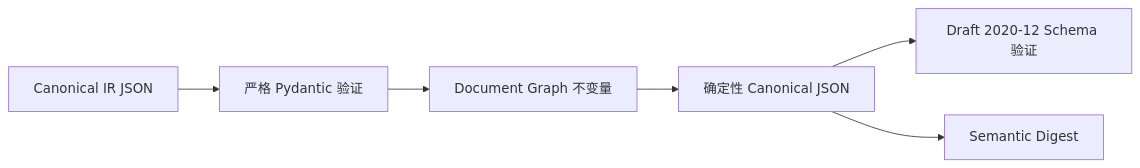
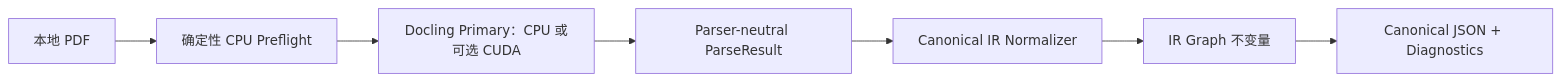
Before and after one commit to Dadada66666/RAG: the second of 2 diagrams in README.zh-CN.md, drawn with Mermaid. The commit also changed other lines of this file and 62 other files, not shown here.

````diff
--- a/README.zh-CN.md
+++ b/README.zh-CN.md
@@ -55,8 +62,9 @@
 ```mermaid
 flowchart LR
-    A["Canonical IR JSON"] --> B["严格 Pydantic 验证"]
-    B --> C["Document Graph 不变量"]
-    C --> D["确定性 Canonical JSON"]
-    D --> E["Draft 2020-12 Schema 验证"]
-    D --> F["Semantic Digest"]
+    A["本地 PDF"] --> B["确定性 CPU Preflight"]
+    B --> C["Docling Primary：CPU 或可选 CUDA"]
+    C --> D["Parser-neutral ParseResult"]
+    D --> E["Canonical IR Normalizer"]
+    E --> F["IR Graph 不变量"]
+    F --> G["Canonical JSON + Diagnostics"]
 ```
````
